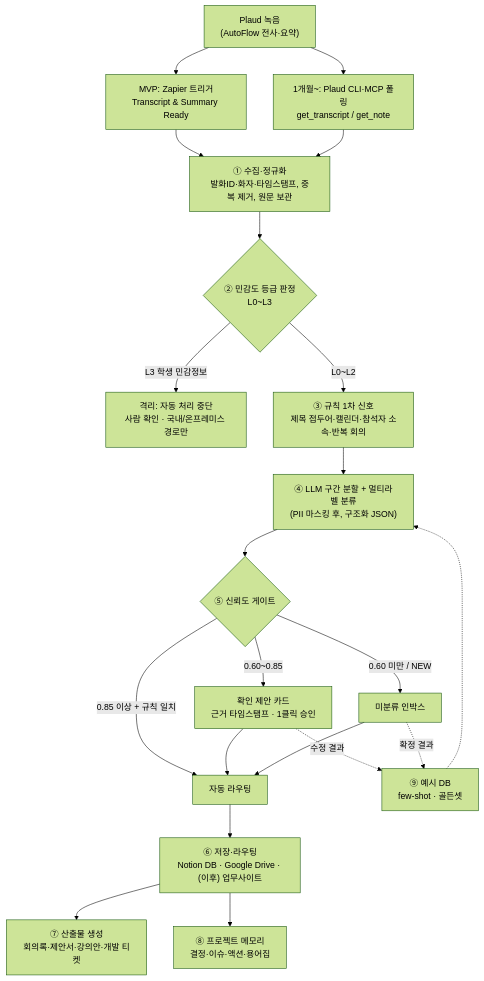
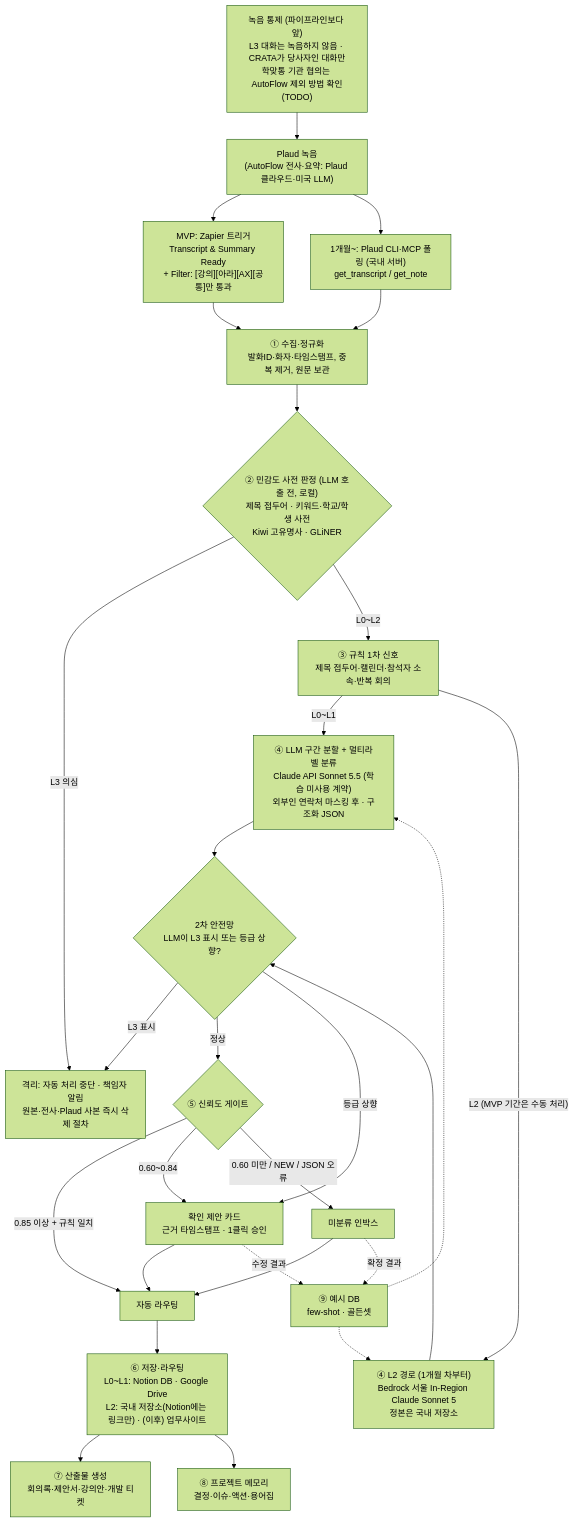
Before and after one commit to crata2020/CRATA_AX: the diagram in docs/research/02_meeting-auto-classification.md, drawn with Mermaid (forest theme). The commit also changed other lines of this file and 8 other files, not shown here.

````diff
--- a/docs/research/02_meeting-auto-classification.md
+++ b/docs/research/02_meeting-auto-classification.md
@@ -77,23 +79,30 @@
 ```mermaid
 flowchart TD
-    A["Plaud 녹음<br/>(AutoFlow 전사·요약)"] --> B1["MVP: Zapier 트리거<br/>Transcript & Summary Ready"]
-    A --> B2["1개월~: Plaud CLI·MCP 폴링<br/>get_transcript / get_note"]
+    R["녹음 통제 (파이프라인보다 앞)<br/>L3 대화는 녹음하지 않음 · CRATA가 당사자인 대화만<br/>학맞통 기관 협의는 AutoFlow 제외 방법 확인(TODO)"] --> A
+    A["Plaud 녹음<br/>(AutoFlow 전사·요약: Plaud 클라우드·미국 LLM)"] --> B1["MVP: Zapier 트리거<br/>Transcript & Summary Ready<br/>+ Filter: [강의][아라][AX][공통]만 통과"]
+    A --> B2["1개월~: Plaud CLI·MCP 폴링 (국내 서버)<br/>get_transcript / get_note"]
     B1 --> C["① 수집·정규화<br/>발화ID·화자·타임스탬프, 중복 제거, 원문 보관"]
     B2 --> C
-    C --> D{"② 민감도 등급 판정<br/>L0~L3"}
-    D -- "L3 학생 민감정보" --> Q["격리: 자동 처리 중단<br/>사람 확인 · 국내/온프레미스 경로만"]
+    C --> D{"② 민감도 사전 판정 (LLM 호출 전, 로컬)<br/>제목 접두어 · 키워드·학교/학생 사전<br/>Kiwi 고유명사 · GLiNER"}
+    D -- "L3 의심" --> Q["격리: 자동 처리 중단 · 책임자 알림<br/>원본·전사·Plaud 사본 즉시 삭제 절차"]
     D -- "L0~L2" --> E["③ 규칙 1차 신호<br/>제목 접두어·캘린더·참석자 소속·반복 회의"]
-    E --> F["④ LLM 구간 분할 + 멀티라벨 분류<br/>(PII 마스킹 후, 구조화 JSON)"]
-    F --> G{"⑤ 신뢰도 게이트"}
+    E -- "L0~L1" --> F["④ LLM 구간 분할 + 멀티라벨 분류<br/>Claude API Sonnet 5.5 (학습 미사용 계약)<br/>외부인 연락처 마스킹 후 · 구조화 JSON"]
+    E -- "L2 (MVP 기간은 수동 처리)" --> F2["④ L2 경로 (1개월 차부터)<br/>Bedrock 서울 In-Region Claude Sonnet 5<br/>정본은 국내 저장소"]
+    F --> S{"2차 안전망<br/>LLM이 L3 표시 또는 등급 상향?"}
+    F2 --> S
+    S -- "L3 표시" --> Q
+    S -- "정상" --> G{"⑤ 신뢰도 게이트"}
+    S -- "등급 상향" --> I
     G -- "0.85 이상 + 규칙 일치" --> H["자동 라우팅"]
-    G -- "0.60~0.85" --> I["확인 제안 카드<br/>근거 타임스탬프 · 1클릭 승인"]
-    G -- "0.60 미만 / NEW" --> J["미분류 인박스"]
+    G -- "0.60~0.84" --> I["확인 제안 카드<br/>근거 타임스탬프 · 1클릭 승인"]
+    G -- "0.60 미만 / NEW / JSON 오류" --> J["미분류 인박스"]
     I --> H
     J --> H
-    H --> K["⑥ 저장·라우팅<br/>Notion DB · Google Drive · (이후) 업무사이트"]
+    H --> K["⑥ 저장·라우팅<br/>L0~L1: Notion DB · Google Drive<br/>L2: 국내 저장소(Notion에는 링크만) · (이후) 업무사이트"]
     K --> L["⑦ 산출물 생성<br/>회의록·제안서·강의안·개발 티켓"]
     K --> M["⑧ 프로젝트 메모리<br/>결정·이슈·액션·용어집"]
     I -. "수정 결과" .-> N["⑨ 예시 DB<br/>few-shot · 골든셋"]
     J -. "확정 결과" .-> N
     N -.-> F
+    N -.-> F2
 ```
````
